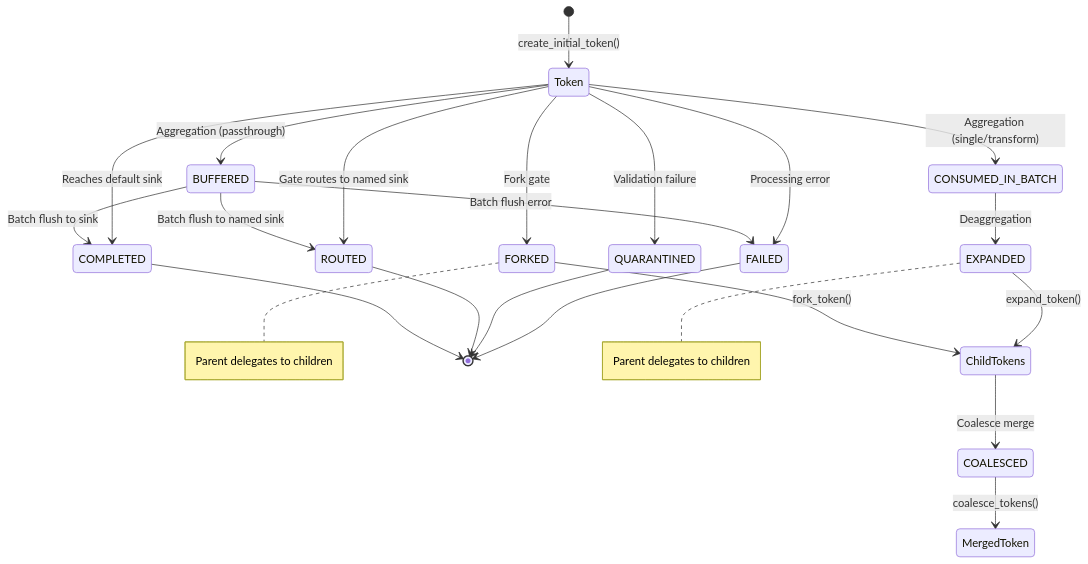
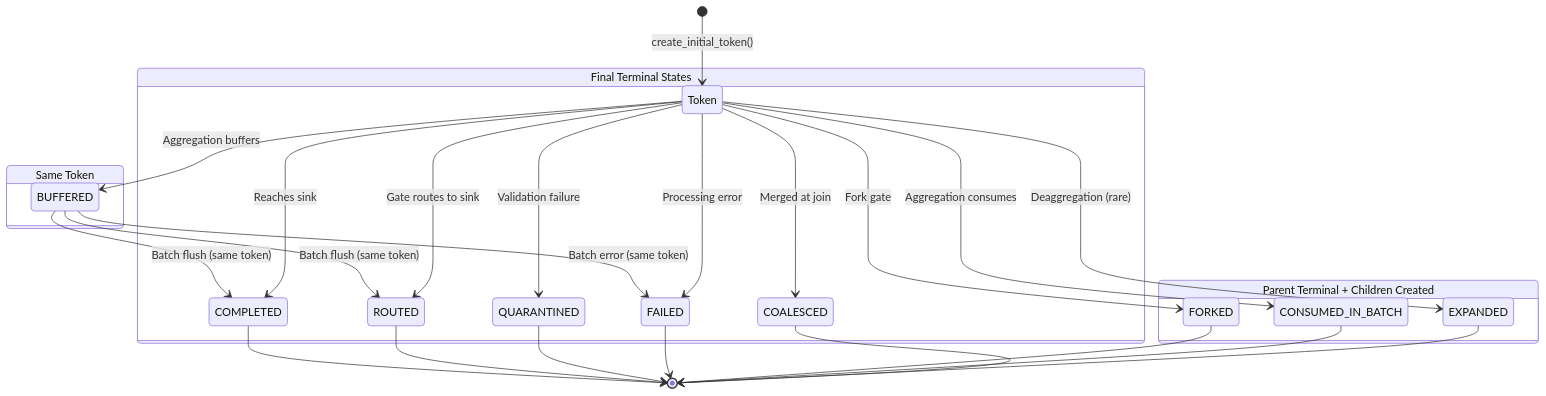
One commit to tachyon-beep/elspeth changed the diagram in docs/architecture/token-lifecycle.md. Above: the diagram before and after it, drawn with Mermaid. The commit also changed other lines of this file and 19 other files, not shown here.

First line of the commit message:
fix(tokens): make fork_token and expand_token atomic with branch contracts

````diff
--- a/docs/architecture/token-lifecycle.md
+++ b/docs/architecture/token-lifecycle.md
@@ -87,31 +93,34 @@
 ```mermaid
 stateDiagram-v2
     [*] --> Token: create_initial_token()
 
-    Token --> FORKED: Fork gate
-    FORKED --> ChildTokens: fork_token()
-    note right of FORKED: Parent delegates to children
+    state "Same Token" as SameToken {
+        Token --> BUFFERED: Aggregation buffers
+        BUFFERED --> COMPLETED: Batch flush (same token)
+        BUFFERED --> ROUTED: Batch flush (same token)
+        BUFFERED --> FAILED: Batch error (same token)
+    }
 
-    Token --> BUFFERED: Aggregation (passthrough)
-    BUFFERED --> COMPLETED: Batch flush to sink
-    BUFFERED --> ROUTED: Batch flush to named sink
-    BUFFERED --> FAILED: Batch flush error
+    state "Parent Terminal + Children Created" as Lineage {
+        Token --> FORKED: Fork gate
+        Token --> CONSUMED_IN_BATCH: Aggregation consumes
+        Token --> EXPANDED: Deaggregation (rare)
+    }
 
-    Token --> CONSUMED_IN_BATCH: Aggregation (single/transform)
-    CONSUMED_IN_BATCH --> EXPANDED: Deaggregation
-    EXPANDED --> ChildTokens: expand_token()
-    note right of EXPANDED: Parent delegates to children
-
-    ChildTokens --> COALESCED: Coalesce merge
-    COALESCED --> MergedToken: coalesce_tokens()
-
-    Token --> COMPLETED: Reaches default sink
-    Token --> ROUTED: Gate routes to named sink
-    Token --> QUARANTINED: Validation failure
-    Token --> FAILED: Processing error
+    state "Final Terminal States" as Final {
+        Token --> COMPLETED: Reaches sink
+        Token --> ROUTED: Gate routes to sink
+        Token --> QUARANTINED: Validation failure
+        Token --> FAILED: Processing error
+        Token --> COALESCED: Merged at join
+    }
 
     COMPLETED --> [*]
     ROUTED --> [*]
     QUARANTINED --> [*]
     FAILED --> [*]
+    FORKED --> [*]
+    CONSUMED_IN_BATCH --> [*]
+    EXPANDED --> [*]
+    COALESCED --> [*]
 ```
````
